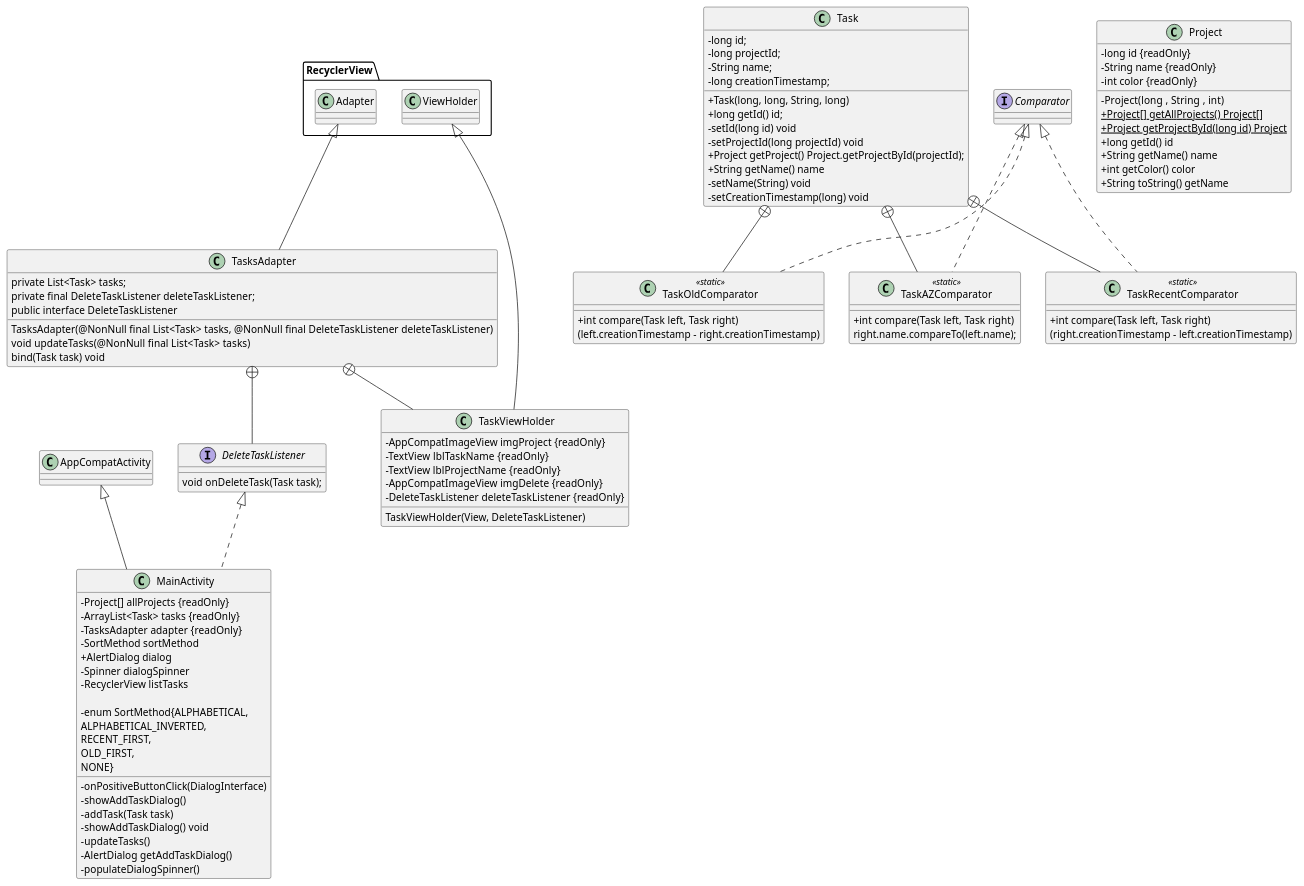
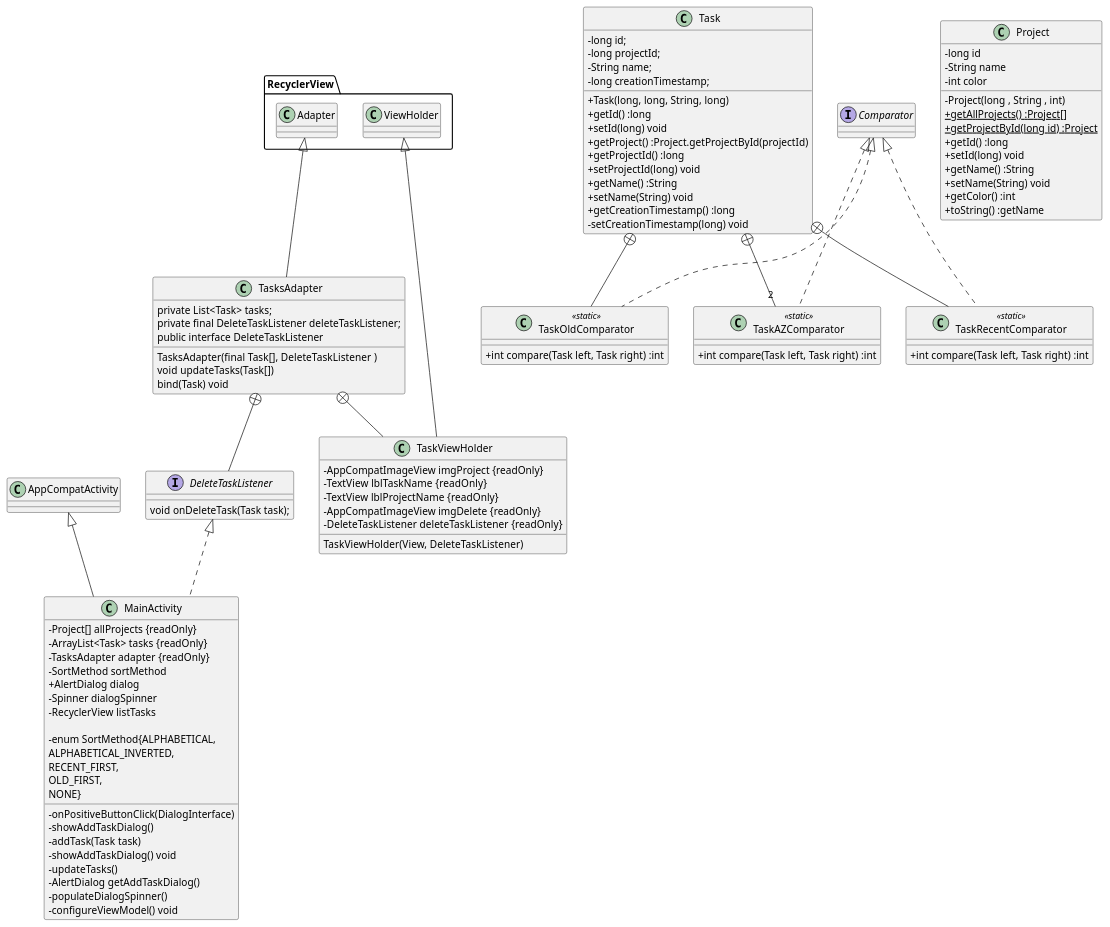
Before and after one commit to rGreenData/todoc-master-: the diagram in Class_diagram.puml, drawn with PlantUML. The commit also changed 1 other file, not shown here.

Commit message:
resumption of class diagram design

```diff
--- a/Class_diagram.puml
+++ b/Class_diagram.puml
@@ -1,105 +1,106 @@
 @startuml
 skinparam classAttributeIconSize 0
 
 class MainActivity extends AppCompatActivity implements DeleteTaskListener {
 
     - Project[] allProjects {readOnly}
     - ArrayList<Task> tasks {readOnly}
     - TasksAdapter adapter {readOnly}
     - SortMethod sortMethod
     + AlertDialog dialog
     - Spinner dialogSpinner
     - RecyclerView listTasks
 
     - onPositiveButtonClick(DialogInterface)
     - showAddTaskDialog()
     - addTask(Task task)
     - showAddTaskDialog() void
     - updateTasks()
     - AlertDialog getAddTaskDialog()
     - populateDialogSpinner()
     - enum SortMethod{ALPHABETICAL,
                               ALPHABETICAL_INVERTED,
                               RECENT_FIRST,
                               OLD_FIRST,
                               NONE}
+    - configureViewModel() void
 }
 
 
 class Task {
     - long id;
     - long projectId;
     - String name;
     - long creationTimestamp;
 
     + Task(long, long, String, long)
-    + long getId() id;
-    - setId(long id) void
-    - setProjectId(long projectId) void
-    + Project getProject() Project.getProjectById(projectId);
-    + String getName() name
-    - setName(String) void
+    + getId() :long
+    + setId(long) void
+    + getProject() :Project.getProjectById(projectId)
+    + getProjectId() :long
+    + setProjectId(long) void
+    + getName() :String
+    + setName(String) void
+    + getCreationTimestamp() :long
     - setCreationTimestamp(long) void
 }
 
  class TaskAZComparator <<static>> implements Comparator {
-        + int compare(Task left, Task right)
-        right.name.compareTo(left.name);
-
+        + int compare(Task left, Task right) :int
     }
 
 class TaskRecentComparator <<static>> implements Comparator {
-        + int compare(Task left, Task right)
-           (right.creationTimestamp - left.creationTimestamp)
-
+        + int compare(Task left, Task right) :int
     }
 
  class TaskOldComparator <<static>> implements Comparator{
-        + int compare(Task left, Task right)
-            (left.creationTimestamp - right.creationTimestamp)
-
+        + int compare(Task left, Task right) :int
     }
 
+Task +-- "2" TaskAZComparator
+Task +-- TaskRecentComparator
+Task +-- TaskOldComparator
+
+
 class Project {
-    -long id {readOnly}
-    -String name {readOnly}
-    -int color {readOnly}
+    -long id
+    -String name
+    -int color
 
-    -Project(long ,  String , int)
-    +{static} Project[] getAllProjects() Project[]
-    +{static} Project getProjectById(long id) Project
-    +long getId() id
-    +String getName() name
-    +int getColor() color
-    +String toString() getName
+    -Project(long , String , int)
+    +{static} getAllProjects() :Project[]
+    +{static} getProjectById(long id) :Project
+    +getId() :long
+    +setId(long) void
+    +getName() :String
+    +setName(String) void
+    +getColor() :int
+    +toString() :getName
     }
 
 class TasksAdapter extends RecyclerView.Adapter{
     private List<Task> tasks;
     private final DeleteTaskListener deleteTaskListener;
-    TasksAdapter(@NonNull final List<Task> tasks, @NonNull final DeleteTaskListener deleteTaskListener)
-    void updateTasks(@NonNull final List<Task> tasks)
+    TasksAdapter(final Task[], DeleteTaskListener )
+    void updateTasks(Task[])
     public interface DeleteTaskListener
-    bind(Task task) void
+    bind(Task) void
 }
 
 class TaskViewHolder extends RecyclerView.ViewHolder {
         - AppCompatImageView imgProject {readOnly}
         - TextView lblTaskName {readOnly}
         - TextView lblProjectName {readOnly}
         - AppCompatImageView imgDelete {readOnly}
         - DeleteTaskListener deleteTaskListener {readOnly}
           TaskViewHolder(View, DeleteTaskListener)
     }
 
 interface DeleteTaskListener {
             void onDeleteTask(Task task);
         }
 
 
 TasksAdapter +-- DeleteTaskListener
 TasksAdapter +-- TaskViewHolder
-Task +-- TaskAZComparator
-Task +-- TaskRecentComparator
-Task +-- TaskOldComparator
 @enduml
```
